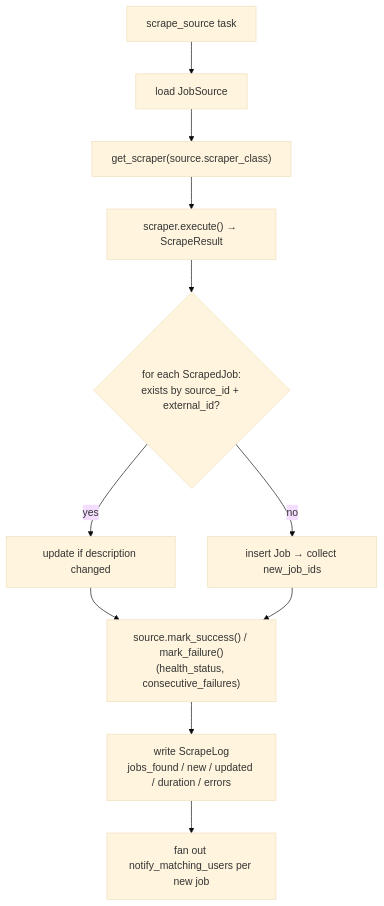
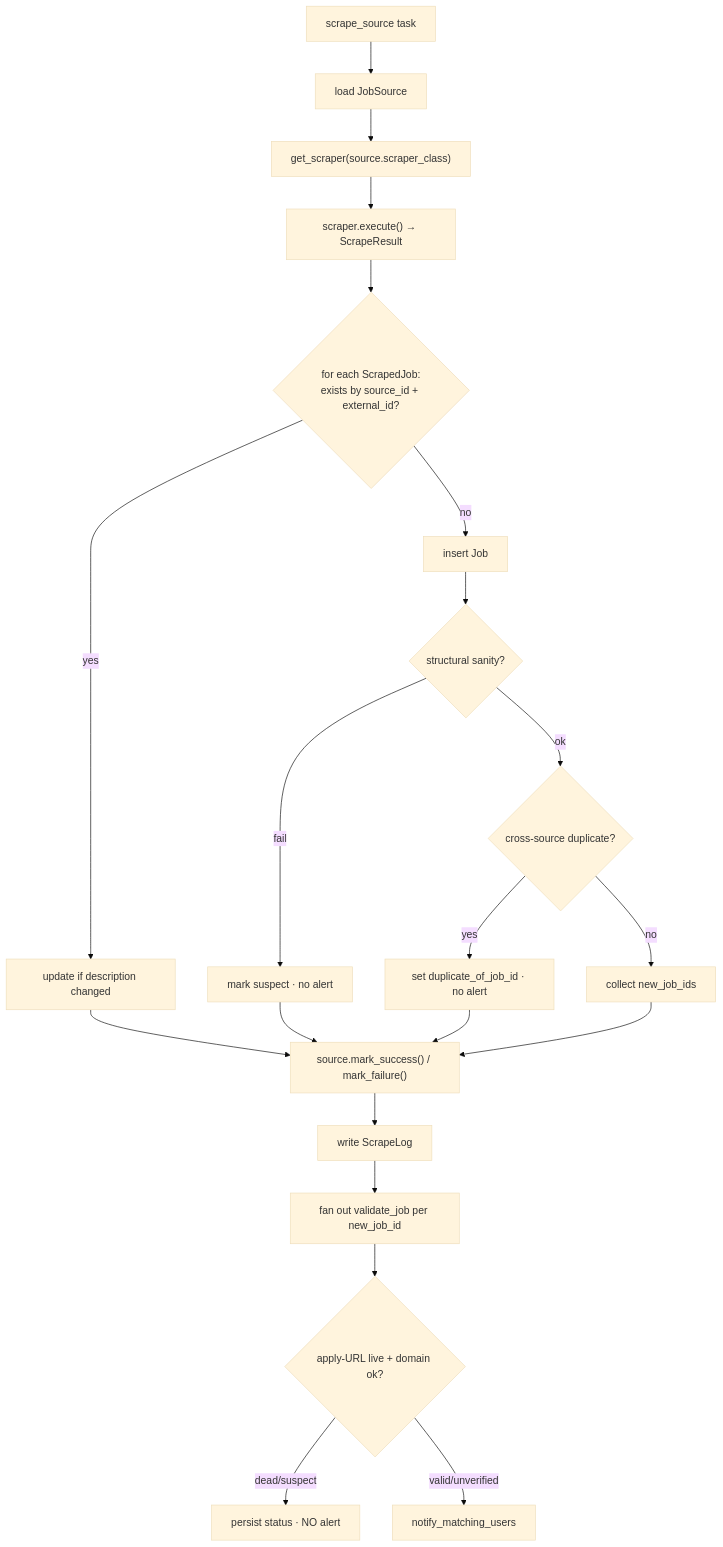
One commit to davidzeck/Backend-Job-Hunter changed the diagram in docs/scraping.md. Above: the diagram before and after it, drawn with Mermaid (base theme). The commit also changed other lines of this file and 40 other files, not shown here.

````diff
--- a/docs/scraping.md
+++ b/docs/scraping.md
@@ -35,12 +35,20 @@
 ```mermaid
 flowchart TD
     A[scrape_source task] --> B[load JobSource]
     B --> C["get_scraper(source.scraper_class)"]
     C --> D["scraper.execute() → ScrapeResult"]
     D --> E{for each ScrapedJob:<br/>exists by source_id + external_id?}
     E -- yes --> F[update if description changed]
-    E -- no --> G[insert Job → collect new_job_ids]
-    F & G --> H["source.mark_success() / mark_failure()<br/>(health_status, consecutive_failures)"]
-    H --> I[write ScrapeLog<br/>jobs_found / new / updated / duration / errors]
-    I --> J[fan out notify_matching_users per new job]
+    E -- no --> G[insert Job]
+    G --> G2{structural sanity?}
+    G2 -- fail --> GS[mark suspect · no alert]
+    G2 -- ok --> G3{cross-source duplicate?}
+    G3 -- yes --> GD[set duplicate_of_job_id · no alert]
+    G3 -- no --> GN[collect new_job_ids]
+    F & GS & GD & GN --> H["source.mark_success() / mark_failure()"]
+    H --> I[write ScrapeLog]
+    I --> J[fan out validate_job per new_job_id]
+    J --> K{apply-URL live + domain ok?}
+    K -- dead/suspect --> KS[persist status · NO alert]
+    K -- valid/unverified --> KN[notify_matching_users]
 ```
````
